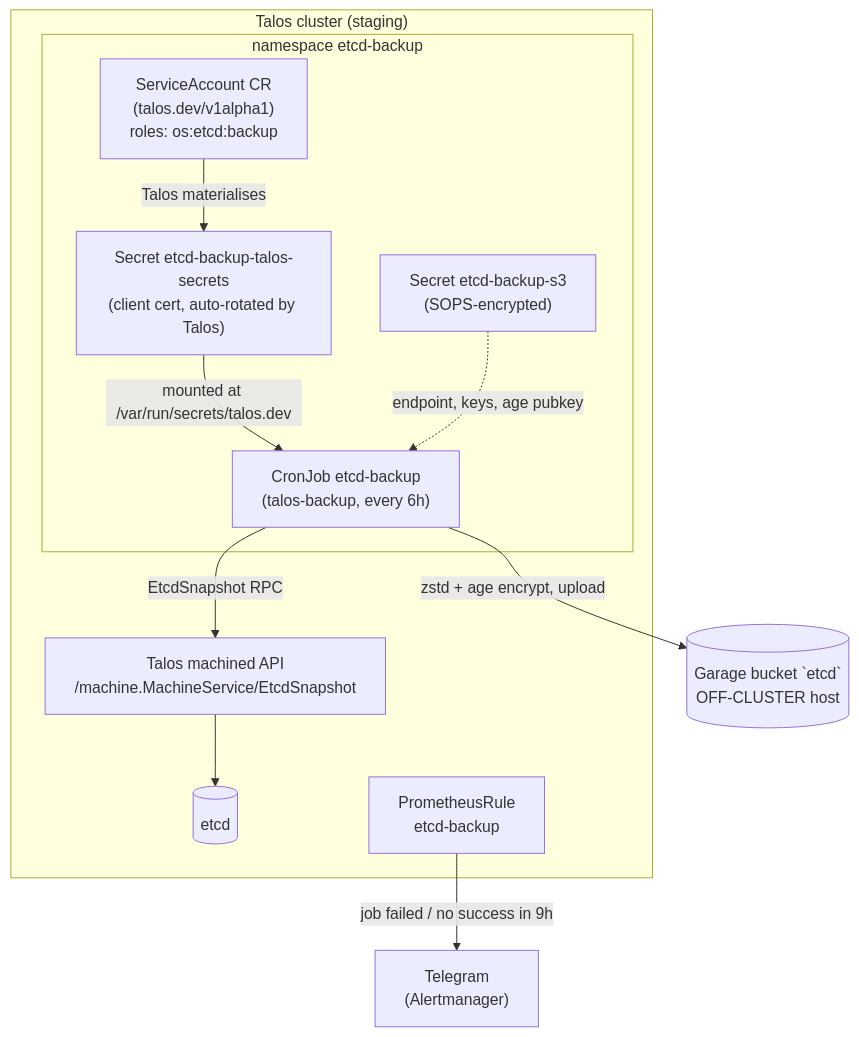
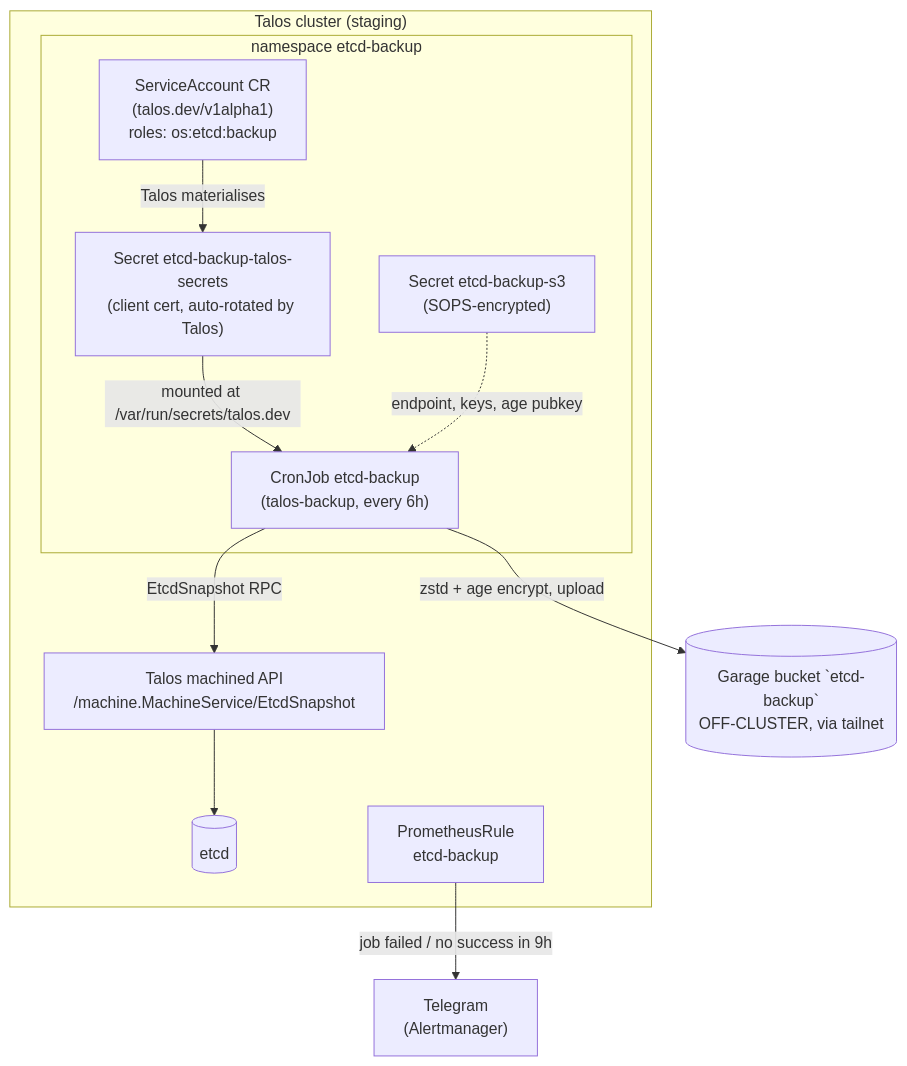
One commit to eliorion/homelab_v1 changed the diagram in documentations/09-etcd-backup-dr.md. Above: the diagram before and after it, drawn with Mermaid. The commit also changed other lines of this file and 1 other file, not shown here.

First line of the commit message:
fix(etcd-backup): bucket is etcd-backup, and point at the gateway

````diff
--- a/documentations/09-etcd-backup-dr.md
+++ b/documentations/09-etcd-backup-dr.md
@@ -27,25 +27,25 @@
 ```mermaid
 graph TD
   subgraph cluster["Talos cluster (staging)"]
     subgraph ns["namespace etcd-backup"]
       sa["ServiceAccount CR<br/>(talos.dev/v1alpha1)<br/>roles: os:etcd:backup"]
       sec_talos["Secret etcd-backup-talos-secrets<br/>(client cert, auto-rotated by Talos)"]
       cj["CronJob etcd-backup<br/>(talos-backup, every 6h)"]
       sec_s3["Secret etcd-backup-s3<br/>(SOPS-encrypted)"]
     end
     api["Talos machined API<br/>/machine.MachineService/EtcdSnapshot"]
     etcd[("etcd")]
     pr["PrometheusRule<br/>etcd-backup"]
   end
 
-  garage[("Garage bucket `etcd`<br/>OFF-CLUSTER host")]
+  garage[("Garage bucket `etcd-backup`<br/>OFF-CLUSTER, via tailnet")]
   tg["Telegram<br/>(Alertmanager)"]
 
   sa -- "Talos materialises" --> sec_talos
   sec_talos -- "mounted at /var/run/secrets/talos.dev" --> cj
   sec_s3 -. "endpoint, keys, age pubkey" .-> cj
   cj -- "EtcdSnapshot RPC" --> api
   api --> etcd
   cj -- "zstd + age encrypt, upload" --> garage
   pr -- "job failed / no success in 9h" --> tg
 ```
````
